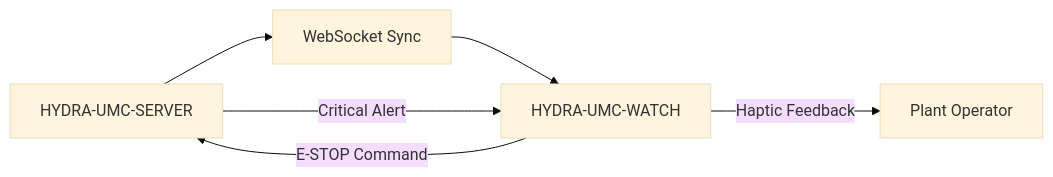
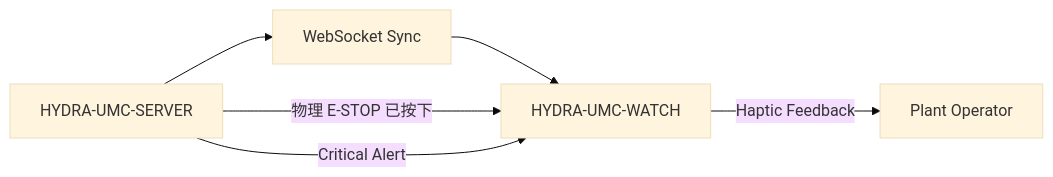
One commit to JuanenRac/HYDRA-UMC-WATCH changed the diagram in README_zho.md. Above: the diagram before and after it, drawn with Mermaid (base theme). The commit also changed other lines of this file and 10 other files, not shown here.

Commit message:
Make clear that the watch never stops anything by itself and only confirms or warns of a physical E-STOP

````diff
--- a/README_zho.md
+++ b/README_zho.md
@@ -106,8 +106,8 @@
 ```mermaid
 flowchart LR
     SERVER["HYDRA-UMC-SERVER"] --> WS["WebSocket Sync"]
     WS --> WATCH["HYDRA-UMC-WATCH"]
-    WATCH -- E-STOP Command --> SERVER
+    SERVER -- 物理 E-STOP 已按下 --> WATCH
     SERVER -- Critical Alert --> WATCH
     WATCH -- Haptic Feedback --> OPERATOR["Plant Operator"]
 ```
````
